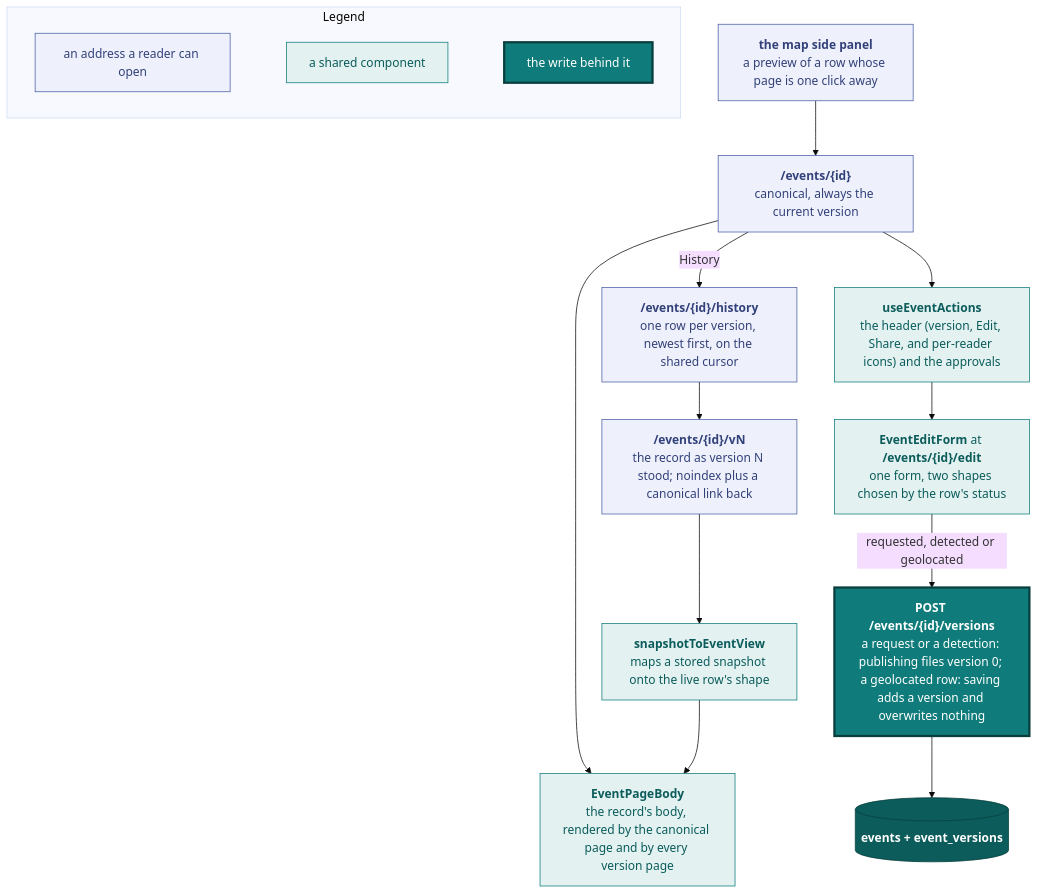
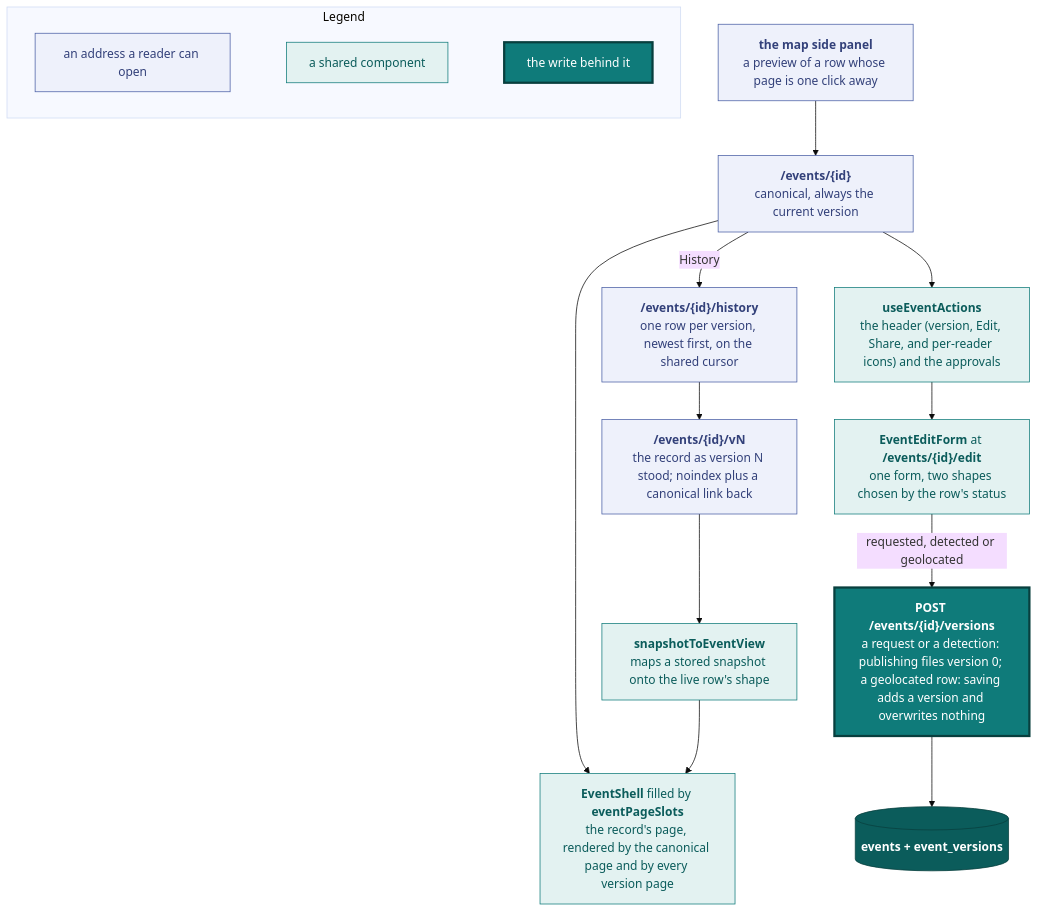
One commit to vidithq/vidit changed the fifth of 15 diagrams in docs/design.md. Above: the diagram before and after it, drawn with Mermaid (base theme). The commit also changed other lines of this file and 17 other files, not shown here.

First line of the commit message:
feat(frontend): build the event page and forms on one EventShell

````diff
--- a/docs/design.md
+++ b/docs/design.md
@@ -630,47 +630,47 @@
 ```mermaid
 flowchart TB
   classDef spec fill:#eef1fb,stroke:#4a5fa5,color:#33417a
   classDef shared fill:#e3f2f1,stroke:#0f7b7a,color:#0b5c5b
   classDef core fill:#0f7b7a,stroke:#083f3e,stroke-width:3px,color:#ffffff
   classDef store fill:#0b5c5b,stroke:#083f3e,color:#ffffff
 
   subgraph legend [Legend]
     direction LR
     l1["`an address a reader can open`"]:::spec
     l2["`a shared component`"]:::shared
     l3["`the write behind it`"]:::core
     l1 ~~~ l2 ~~~ l3
   end
 
   canonical["`**/events/{id}**
   canonical, always the current version`"]:::spec
   history["`**/events/{id}/history**
   one row per version, newest first, on the shared cursor`"]:::spec
   vn["`**/events/{id}/vN**
   the record as version N stood; noindex plus a canonical link back`"]:::spec
   panel["`**the map side panel**
   a preview of a row whose page is one click away`"]:::spec
 
-  body["`**EventPageBody**
-  the record's body, rendered by the canonical page and by every version page`"]:::shared
+  body["`**EventShell** filled by **eventPageSlots**
+  the record's page, rendered by the canonical page and by every version page`"]:::shared
   snap["`**snapshotToEventView**
   maps a stored snapshot onto the live row's shape`"]:::shared
   actions["`**useEventActions**
   the header (version, Edit, Share, and per-reader icons) and the approvals`"]:::shared
   form["`**EventEditForm** at **/events/{id}/edit**
   one form, two shapes chosen by the row's status`"]:::shared
 
   ver["`**POST /events/{id}/versions**
   a request or a detection: publishing files version 0; a geolocated row: saving adds a version and overwrites nothing`"]:::core
   rows[("`**events + event_versions**`")]:::store
 
   canonical --> body
   vn --> snap --> body
   canonical --> actions
   history --> vn
   canonical -->|"History"| history
   actions --> form
   panel --> canonical
   form -->|"requested, detected or geolocated"| ver
   ver --> rows
 ```
````
